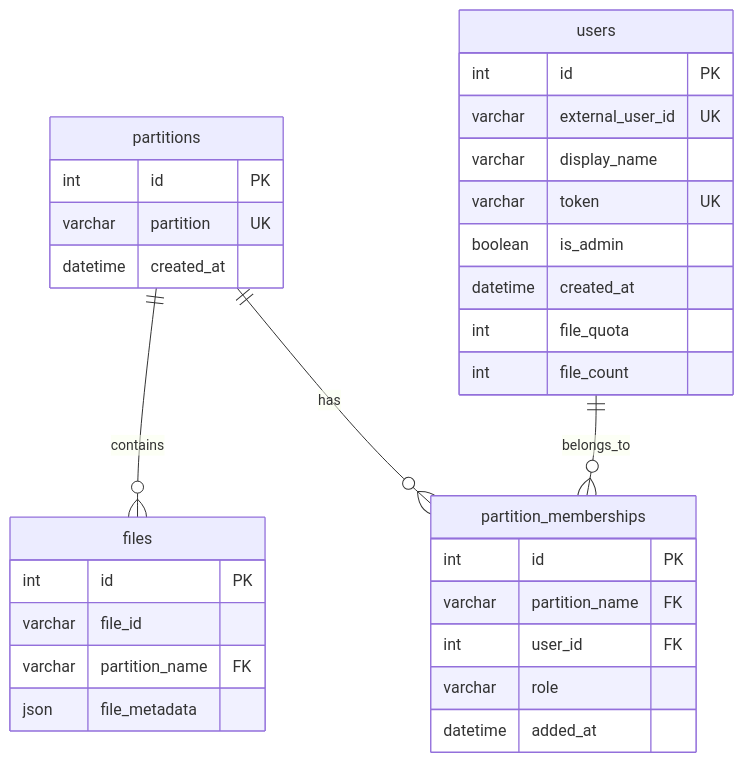
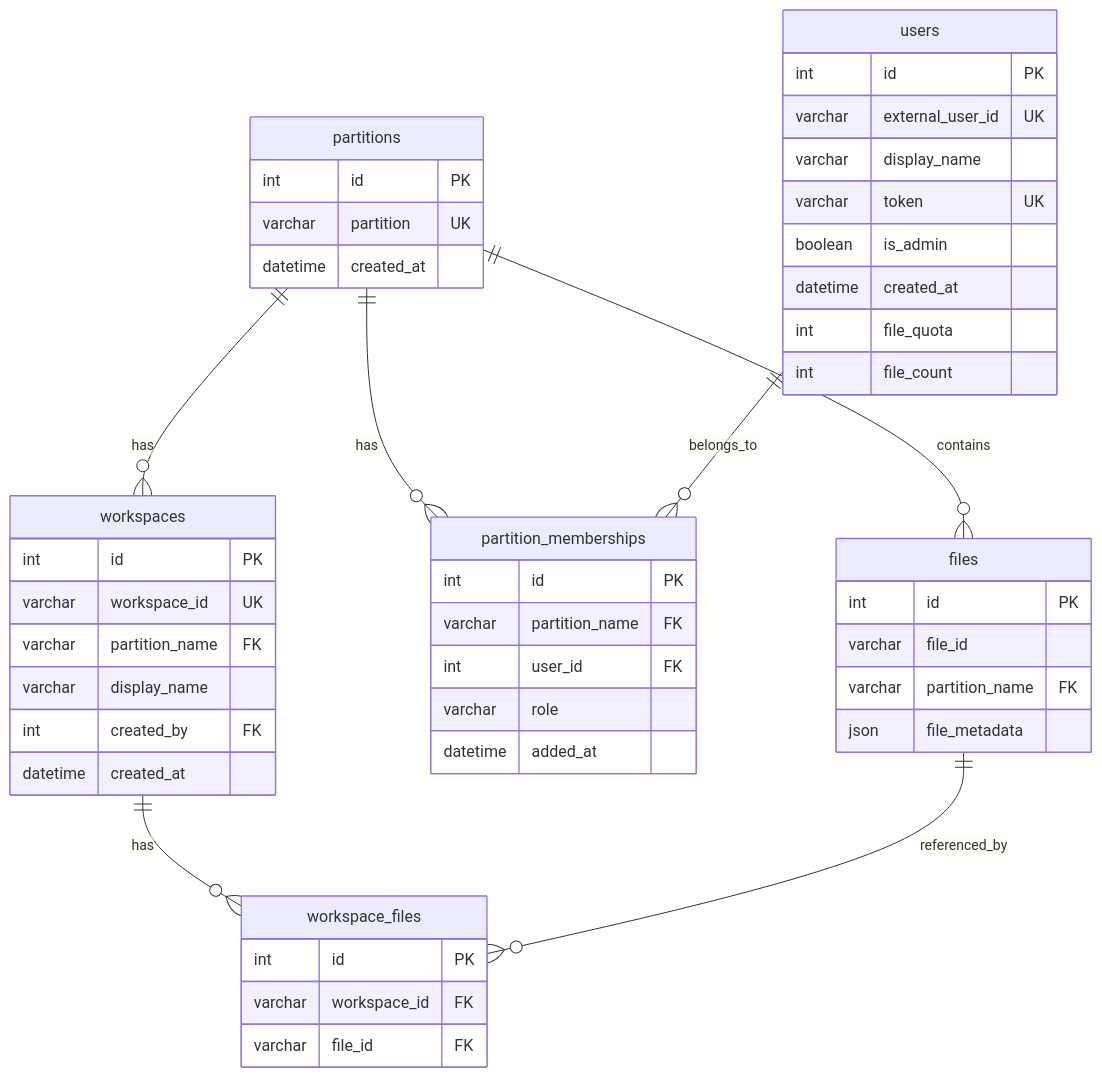
Before and after one commit to IA-Generative/openrag: the first of 6 diagrams in docs/content/docs/documentation/data_model.md, drawn with Mermaid. The commit also changed other lines of this file and 2 other files, not shown here.

Commit message:
docs(workspace): add workspace documentation and update data model

````diff
--- a/docs/content/docs/documentation/data_model.md
+++ b/docs/content/docs/documentation/data_model.md
@@ -16,38 +16,56 @@
 ```mermaid
 erDiagram
     partitions ||--o{ files : contains
     partitions ||--o{ partition_memberships : has
+    partitions ||--o{ workspaces : has
     users ||--o{ partition_memberships : belongs_to
+    workspaces ||--o{ workspace_files : has
+    files ||--o{ workspace_files : referenced_by
 
     partitions {
         int id PK
         varchar partition UK
         datetime created_at
     }
 
     files {
         int id PK
         varchar file_id
         varchar partition_name FK
         json file_metadata
     }
 
     users {
         int id PK
         varchar external_user_id UK
         varchar display_name
         varchar token UK
         boolean is_admin
         datetime created_at
         int file_quota
         int file_count
     }
 
     partition_memberships {
         int id PK
         varchar partition_name FK
         int user_id FK
         varchar role
         datetime added_at
     }
+
+    workspaces {
+        int id PK
+        varchar workspace_id UK
+        varchar partition_name FK
+        varchar display_name
+        int created_by FK
+        datetime created_at
+    }
+
+    workspace_files {
+        int id PK
+        varchar workspace_id FK
+        varchar file_id FK
+    }
 ```
````
